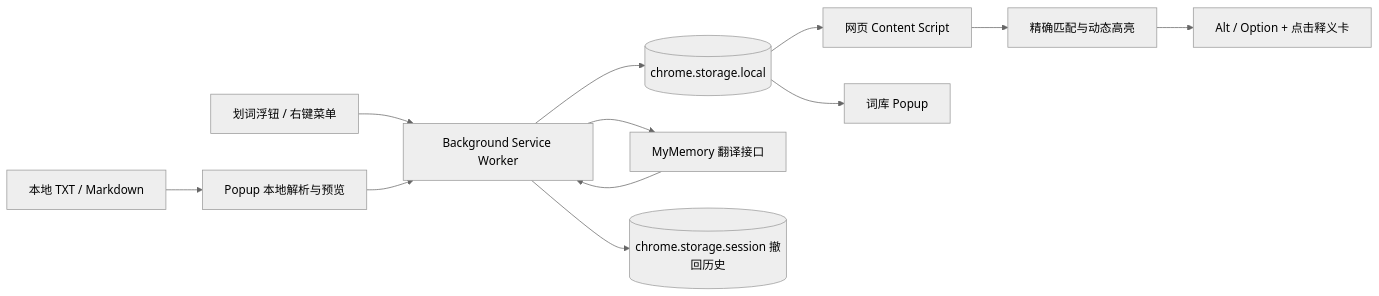
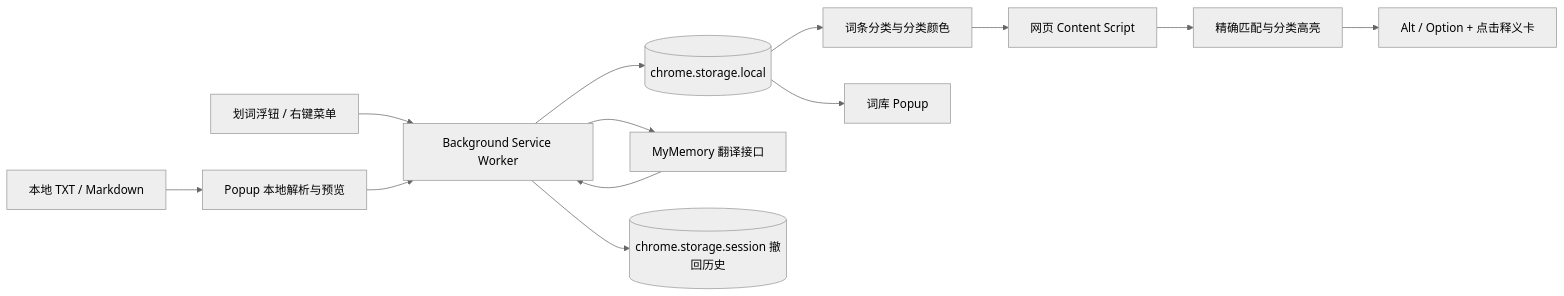
The diagram in README.md (segujushi-lang/edge-vocab-highlighter), drawn with Mermaid (neutral theme) before and after one commit. The commit also changed other lines of this file and 13 other files, not shown here.

````diff
--- a/README.md
+++ b/README.md
@@ -125,14 +131,15 @@
 ```mermaid
 flowchart LR
     A[划词浮钮 / 右键菜单] --> B[Background Service Worker]
     J[本地 TXT / Markdown] --> K[Popup 本地解析与预览]
     K --> B
     B --> C[(chrome.storage.local)]
     B --> D[MyMemory 翻译接口]
     D --> B
-    C --> E[网页 Content Script]
+    C --> E[词条分类与分类颜色]
+    E --> G[网页 Content Script]
     C --> F[词库 Popup]
     B --> I[(chrome.storage.session 撤回历史)]
-    E --> G[精确匹配与动态高亮]
-    G --> H[Alt / Option + 点击释义卡]
+    G --> H[精确匹配与分类高亮]
+    H --> L[Alt / Option + 点击释义卡]
 ```
````
